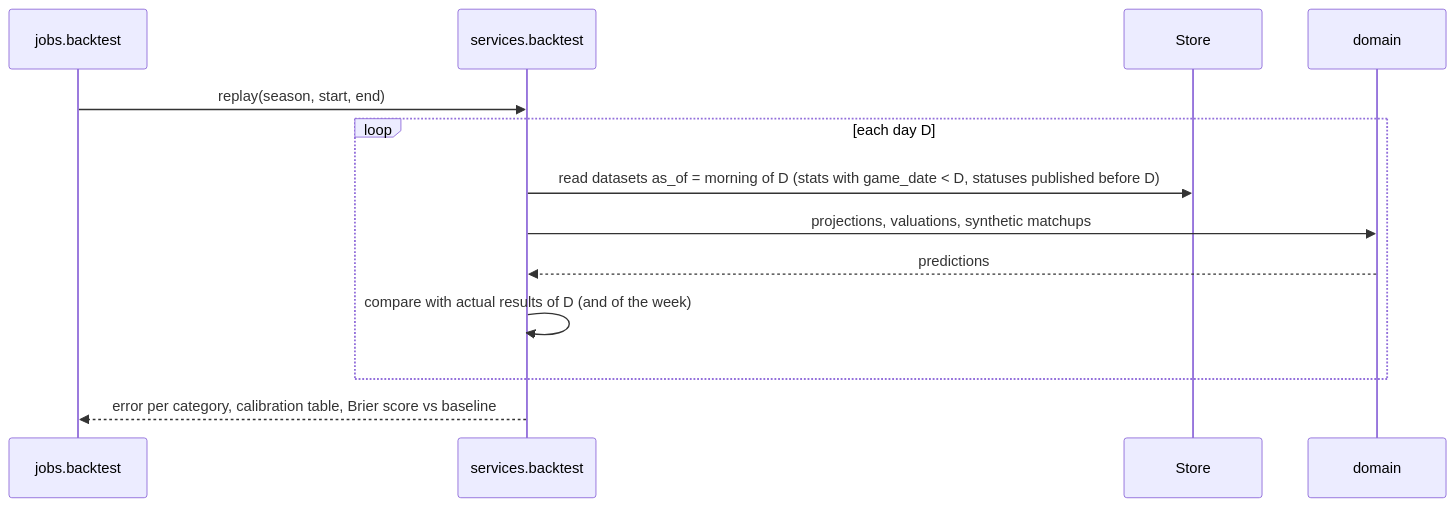
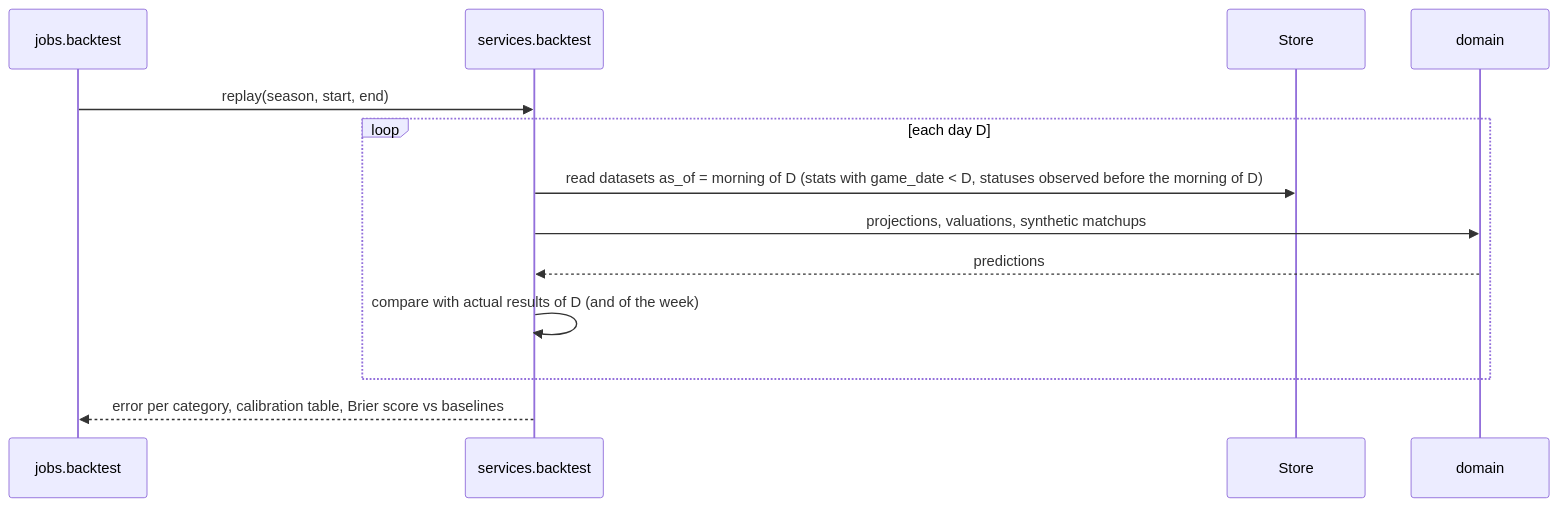
Before and after one commit to Thanasisvl/nba-fantasy-assistant: the fifth of 5 diagrams in docs/ARCHITECTURE.md, drawn with Mermaid. The commit also changed other lines of this file, not shown here.

Commit message:
Architecture: fetch/parse adapters, InjuryFeed, storage tiers, recorder flows

````diff
--- a/docs/ARCHITECTURE.md
+++ b/docs/ARCHITECTURE.md
@@ -402,16 +482,16 @@
 ```mermaid
 sequenceDiagram
     participant B as jobs.backtest
     participant H as services.backtest
     participant S as Store
     participant M as domain
 
     B->>H: replay(season, start, end)
     loop each day D
-        H->>S: read datasets as_of = morning of D (stats with game_date < D, statuses published before D)
+        H->>S: read datasets as_of = morning of D (stats with game_date < D, statuses observed before the morning of D)
         H->>M: projections, valuations, synthetic matchups
         M-->>H: predictions
         H->>H: compare with actual results of D (and of the week)
     end
-    H-->>B: error per category, calibration table, Brier score vs baseline
+    H-->>B: error per category, calibration table, Brier score vs baselines
 ```
````
